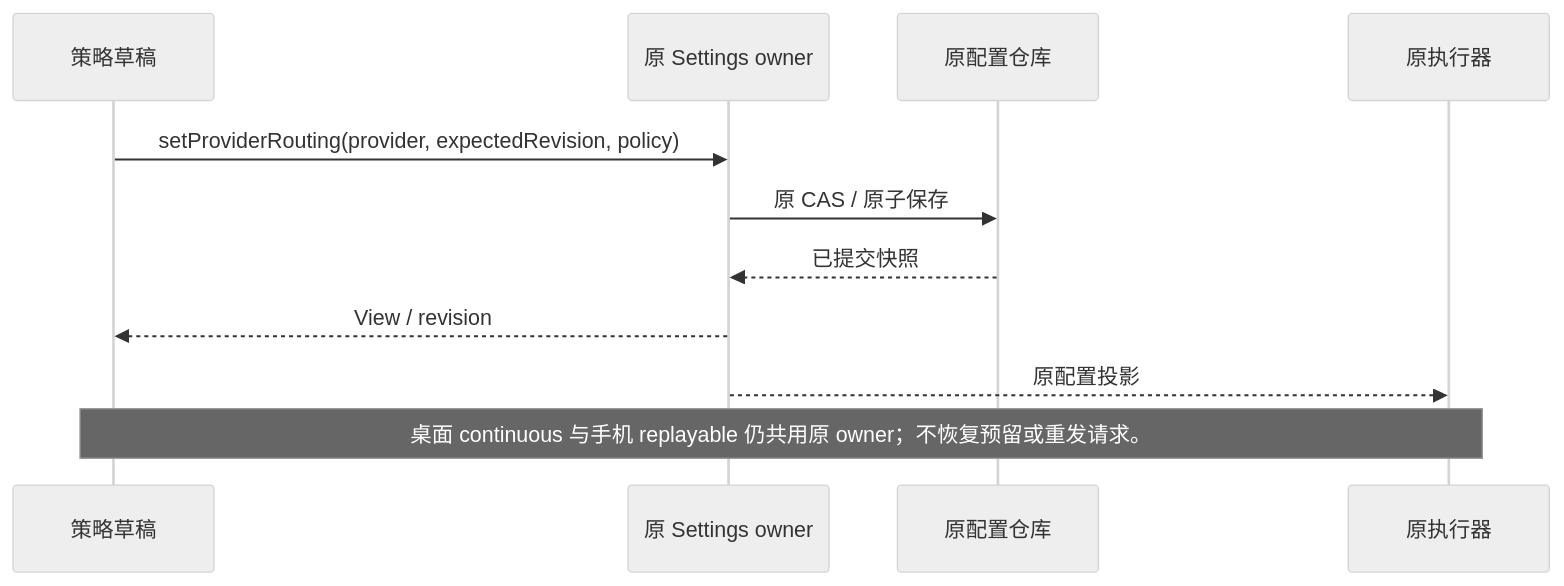
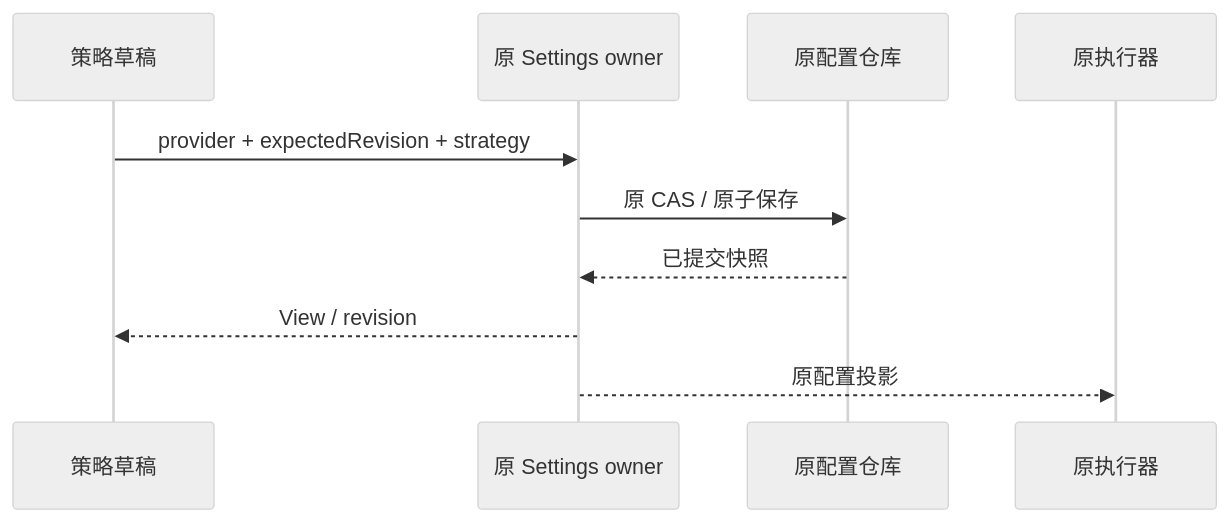
The diagram in specs/provider-routing-simple-settings.md (lemon-casino/LemonCode), drawn with Mermaid (neutral theme) before and after one commit. The commit also changed other lines of this file and 26 other files, not shown here.

First line of the commit message:
feat(provider): finish OAuth routing feedback and strategy-only settings

````diff
--- a/specs/provider-routing-simple-settings.md
+++ b/specs/provider-routing-simple-settings.md
@@ -26,13 +21,12 @@
 ```mermaid
 sequenceDiagram
-    participant UI as 策略草稿
-    participant S as 原 Settings owner
-    participant F as 原配置仓库
-    participant R as 原执行器
-    UI->>S: setProviderRouting(provider, expectedRevision, policy)
-    S->>F: 原 CAS / 原子保存
-    F-->>S: 已提交快照
-    S-->>UI: View / revision
-    S-->>R: 原配置投影
-    Note over UI,R: 桌面 continuous 与手机 replayable 仍共用原 owner；不恢复预留或重发请求。
+  participant UI as 策略草稿
+  participant S as 原 Settings owner
+  participant F as 原配置仓库
+  participant R as 原执行器
+  UI->>S: provider + expectedRevision + strategy
+  S->>F: 原 CAS / 原子保存
+  F-->>S: 已提交快照
+  S-->>UI: View / revision
+  S-->>R: 原配置投影
 ```
````
